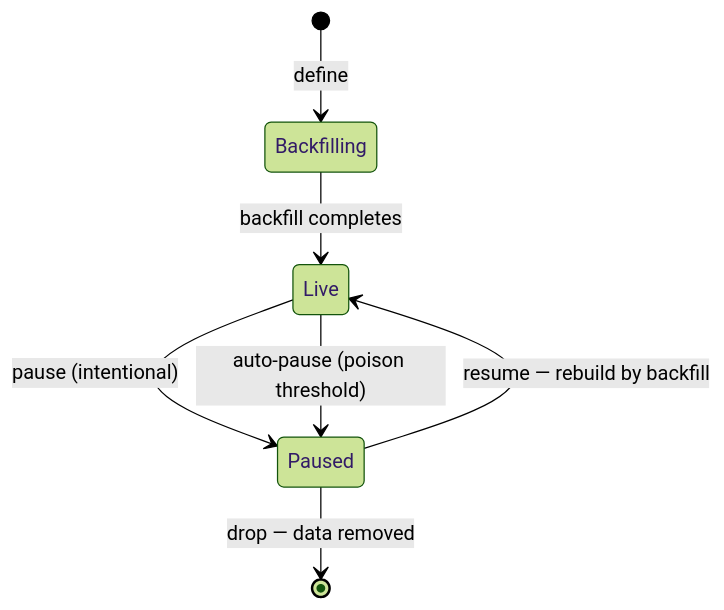
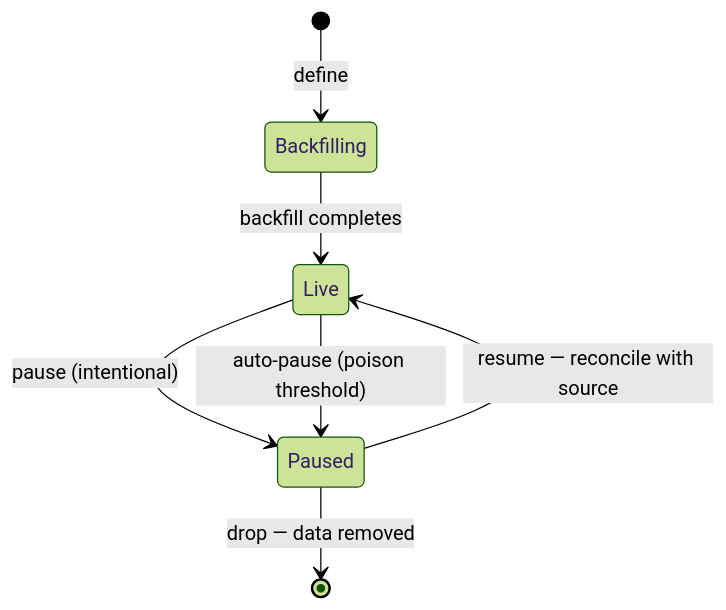
Before and after one commit to mmmries/trellis: the diagram in docs/decisions/0014-pause-and-drop-a-transform.md, drawn with Mermaid (forest theme). The commit also changed other lines of this file and 10 other files, not shown here.

First line of the commit message:
Drop target rows the source no longer backs when a resume rebuilds (#330) (#394)

````diff
--- a/docs/decisions/0014-pause-and-drop-a-transform.md
+++ b/docs/decisions/0014-pause-and-drop-a-transform.md
@@ -17,9 +17,9 @@
 ```mermaid
 stateDiagram-v2
     [*] --> Backfilling: define
     Backfilling --> Live: backfill completes
     Live --> Paused: pause (intentional)
     Live --> Paused: auto-pause (poison threshold)
-    Paused --> Live: resume — rebuild by backfill
+    Paused --> Live: resume — reconcile with source
     Paused --> [*]: drop — data removed
 ```
````
